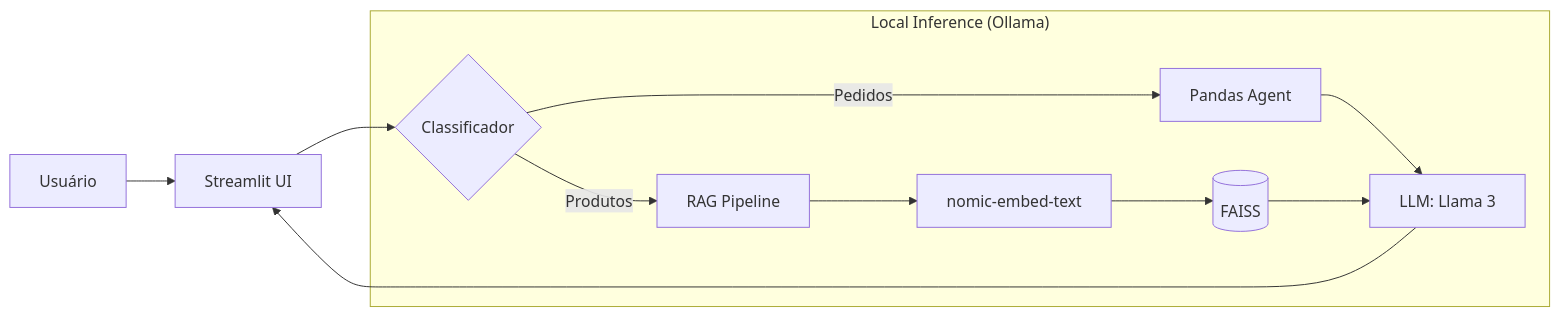
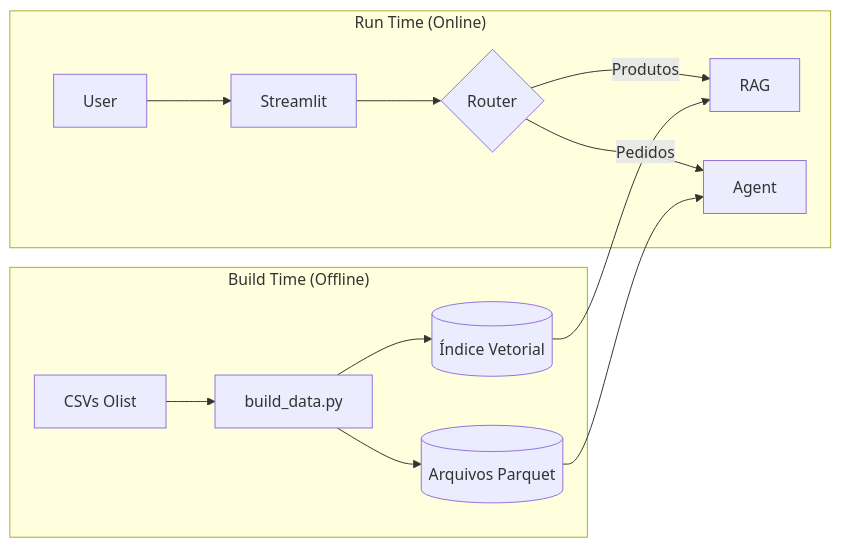
One commit to kleberimeusp/Case-Study-for-AI-Specialist-v2 changed the diagram in README.md. Above: the diagram before and after it, drawn with Mermaid. The commit also changed other lines of this file and 25 other files, not shown here.

````diff
--- a/README.md
+++ b/README.md
@@ -29,17 +39,18 @@
 ```mermaid
 flowchart LR
-    User[Usuário] --> UI[Streamlit UI]
-    UI --> Router{Classificador}
+    subgraph "Build Time (Offline)"
+    CSV[CSVs Olist] --> ETL[build_data.py]
+    ETL --> Parquet[(Arquivos Parquet)]
+    ETL --> FAISS[(Índice Vetorial)]
+    end
+
+    subgraph "Run Time (Online)"
+    User --> UI[Streamlit]
+    UI --> Router{Router}
+    Router -- "Produtos" --> RAG
+    Router -- "Pedidos" --> Agent
     
-    subgraph "Local Inference (Ollama)"
-    Router -- "Produtos" --> RAG[RAG Pipeline]
-    RAG --> Embed[nomic-embed-text]
-    Embed --> VectorDB[(FAISS)]
-    
-    Router -- "Pedidos" --> Agent[Pandas Agent]
-    Agent --> Llama3[LLM: Llama 3]
+    Parquet --> Agent
+    FAISS --> RAG
     end
-    
-    VectorDB --> Llama3
-    Llama3 --> UI
 ```
````
